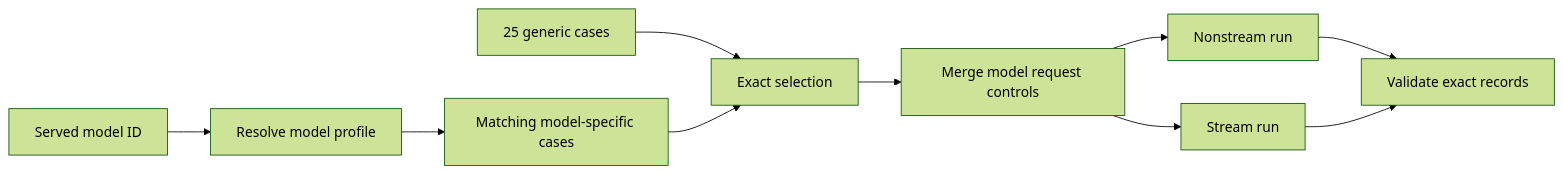
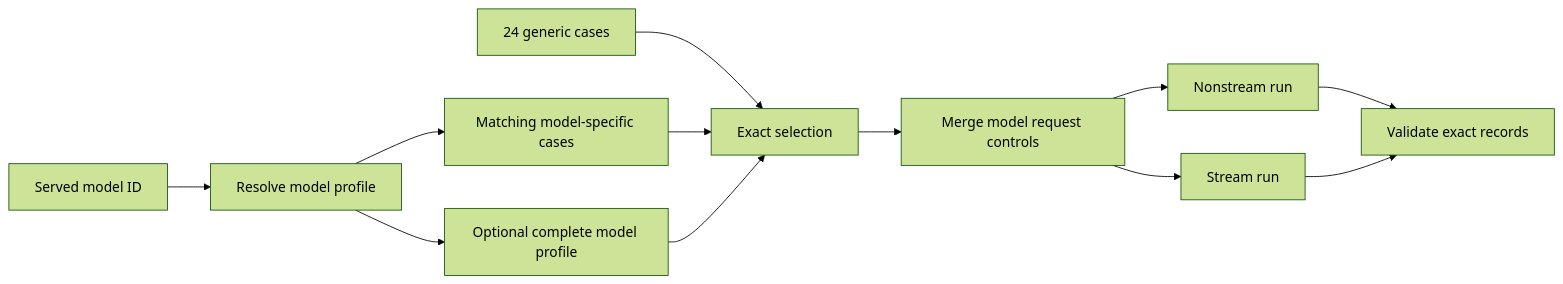
The second of 5 diagrams in benchmarks/tool_calling/README.md (ai-dynamo/dynamo), drawn with Mermaid (forest theme) before and after one commit. The commit also changed other lines of this file and 13 other files, not shown here.

````diff
--- a/benchmarks/tool_calling/README.md
+++ b/benchmarks/tool_calling/README.md
@@ -50,11 +50,13 @@
 ```mermaid
 flowchart LR
     M[Served model ID] --> P[Resolve model profile]
-    G[25 generic cases] --> S[Exact selection]
+    G[24 generic cases] --> S[Exact selection]
     P --> X[Matching model-specific cases]
     X --> S
+    P --> F[Optional complete model profile]
+    F --> S
     S --> Q[Merge model request controls]
     Q --> N[Nonstream run]
     Q --> R[Stream run]
     N & R --> V[Validate exact records]
 ```
````
